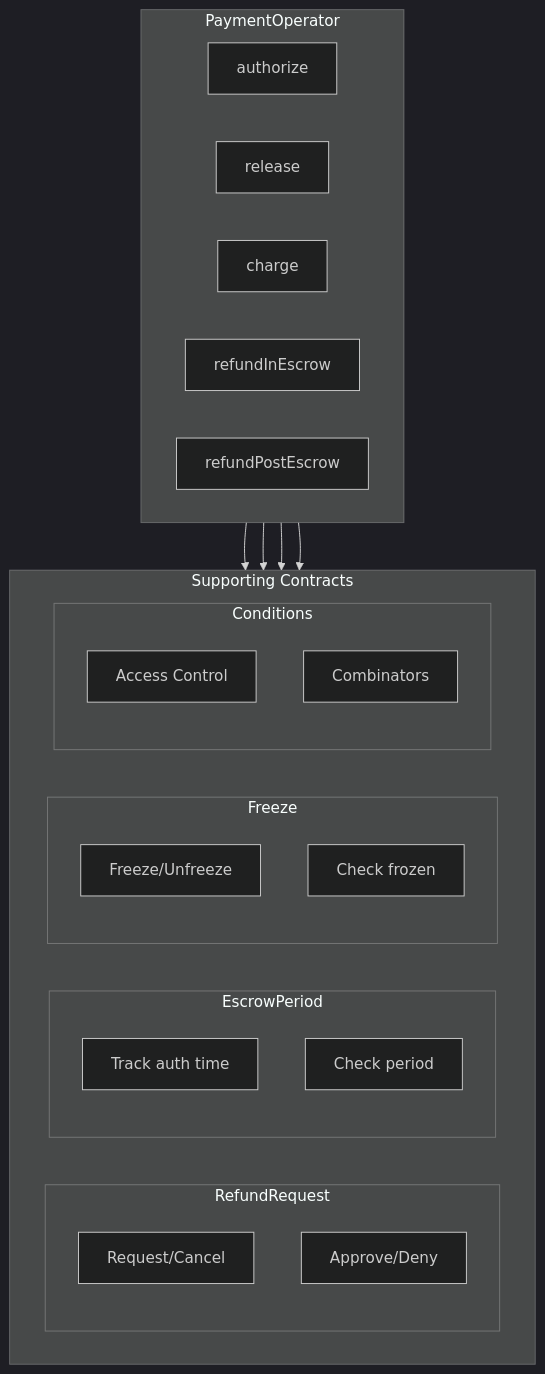
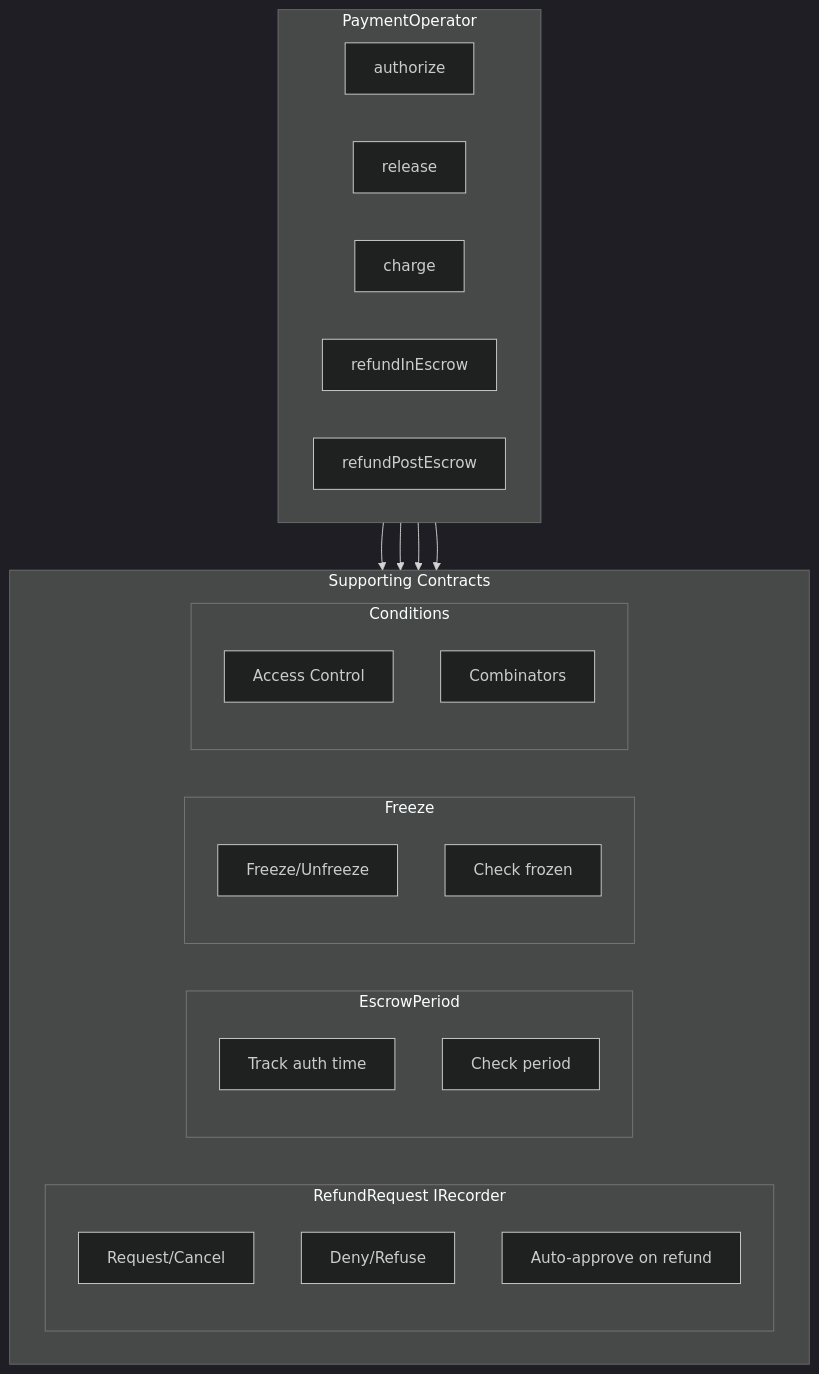
Before and after one commit to BackTrackCo/docs: the third of 3 diagrams in sdk/concepts.mdx, drawn with Mermaid (dark theme). The commit also changed other lines of this file and 20 other files, not shown here.

````diff
--- a/sdk/concepts.mdx
+++ b/sdk/concepts.mdx
@@ -157,36 +158,37 @@
 ```mermaid
 flowchart TB
     subgraph PO[PaymentOperator]
         direction LR
         auth[authorize]
         rel[release]
         chg[charge]
         ref[refundInEscrow]
         refp[refundPostEscrow]
     end
 
     subgraph Components[Supporting Contracts]
         direction LR
-        subgraph RR[RefundRequest]
+        subgraph RR[RefundRequest IRecorder]
             rr1[Request/Cancel]
-            rr2[Approve/Deny]
+            rr2[Deny/Refuse]
+            rr3[Auto-approve on refund]
         end
         subgraph EP[EscrowPeriod]
             ep1[Track auth time]
             ep2[Check period]
         end
         subgraph FR[Freeze]
             fr1[Freeze/Unfreeze]
             fr2[Check frozen]
         end
         subgraph Cond[Conditions]
             c1[Access Control]
             c2[Combinators]
         end
     end
 
     PO --> RR
     PO --> EP
     PO --> FR
     PO --> Cond
 ```
````
